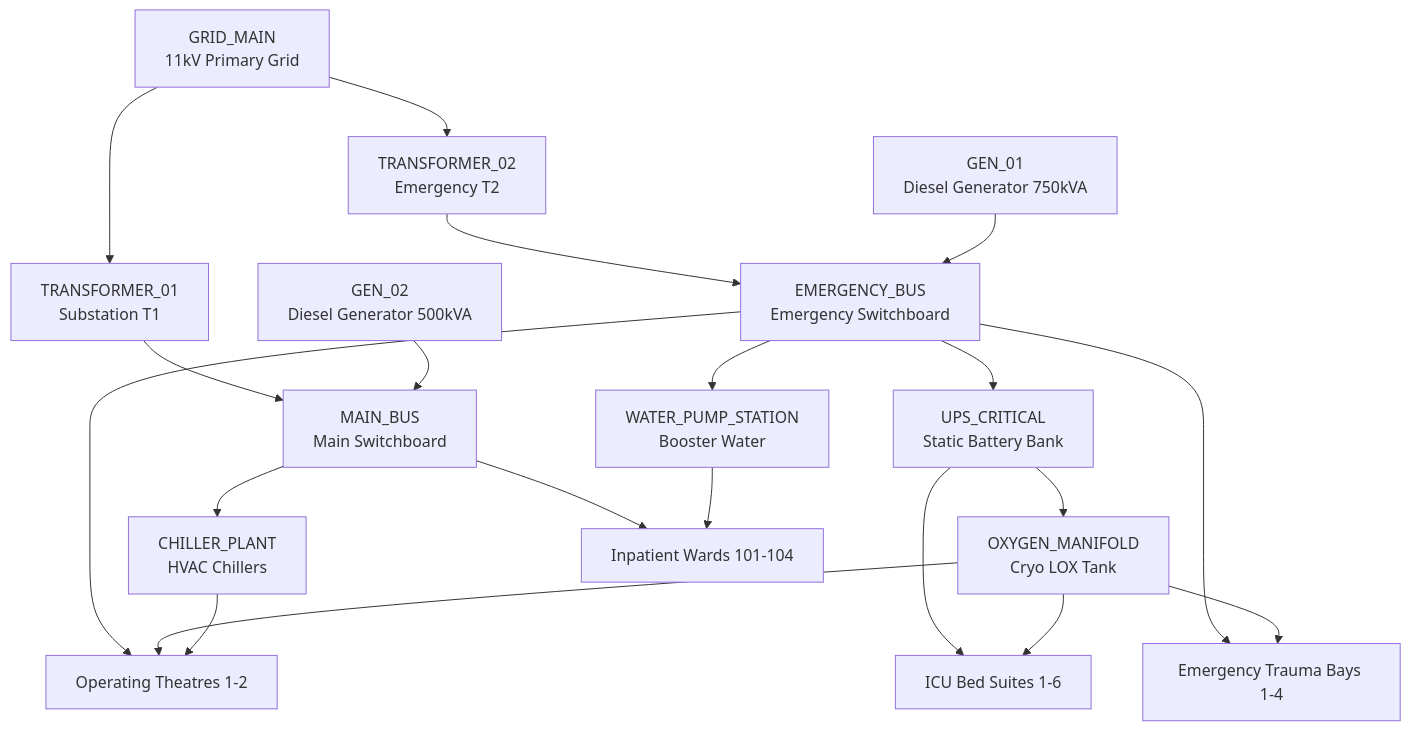
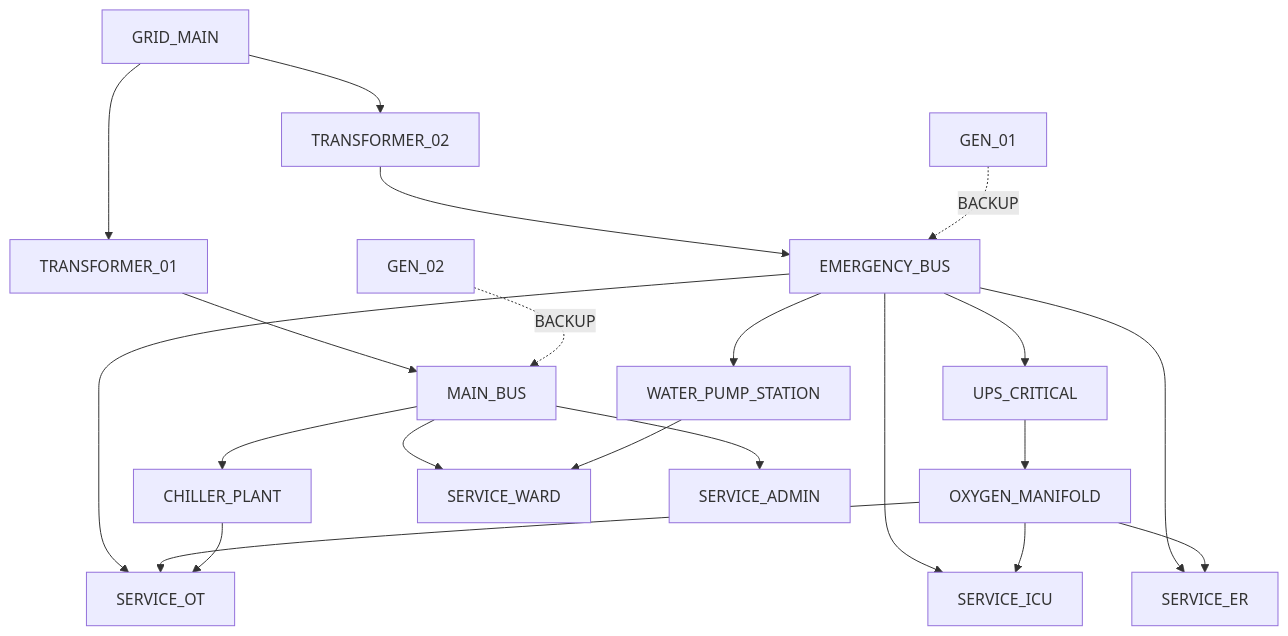
The diagram in docs/graph-topology-specification.md (CodeVibewithhumza/RESILIENCE-OS), drawn with Mermaid before and after one commit. The commit also changed other lines of this file, not shown here.

Commit message:
docs: finalize graph topology specification

````diff
--- a/docs/graph-topology-specification.md
+++ b/docs/graph-topology-specification.md
@@ -16,24 +98,31 @@
 ```mermaid
 graph TD
-  GRID[GRID_MAIN<br>11kV Primary Grid] --> T1[TRANSFORMER_01<br>Substation T1]
-  GRID --> T2[TRANSFORMER_02<br>Emergency T2]
-  T1 --> MSB[MAIN_BUS<br>Main Switchboard]
-  T2 --> ESB[EMERGENCY_BUS<br>Emergency Switchboard]
-  GEN1[GEN_01<br>Diesel Generator 750kVA] --> ESB
-  GEN2[GEN_02<br>Diesel Generator 500kVA] --> MSB
-  ESB --> UPS[UPS_CRITICAL<br>Static Battery Bank]
-  
-  MSB --> CHILLER[CHILLER_PLANT<br>HVAC Chillers]
-  ESB --> PUMP[WATER_PUMP_STATION<br>Booster Water]
-  UPS --> O2[OXYGEN_MANIFOLD<br>Cryo LOX Tank]
-  
-  UPS --> ICU[ICU Bed Suites 1-6]
-  O2 --> ICU
-  ESB --> OT[Operating Theatres 1-2]
-  O2 --> OT
-  CHILLER --> OT
-  ESB --> ED[Emergency Trauma Bays 1-4]
-  O2 --> ED
-  MSB --> WARDS[Inpatient Wards 101-104]
-  PUMP --> WARDS
+    GRID[GRID_MAIN] --> T1[TRANSFORMER_01]
+    GRID --> T2[TRANSFORMER_02]
+
+    T1 --> MSB[MAIN_BUS]
+    T2 --> ESB[EMERGENCY_BUS]
+
+    GEN1[GEN_01] -. BACKUP .-> ESB
+    GEN2[GEN_02] -. BACKUP .-> MSB
+
+    ESB --> UPS[UPS_CRITICAL]
+
+    MSB --> CHILLER[CHILLER_PLANT]
+    ESB --> PUMP[WATER_PUMP_STATION]
+    UPS --> O2[OXYGEN_MANIFOLD]
+
+    ESB --> ICU[SERVICE_ICU]
+    ESB --> OT[SERVICE_OT]
+    ESB --> ED[SERVICE_ER]
+
+    MSB --> WARD[SERVICE_WARD]
+    MSB --> ADMIN[SERVICE_ADMIN]
+
+    O2 --> ICU
+    O2 --> OT
+    O2 --> ED
+
+    CHILLER --> OT
+    PUMP --> WARD
 ```
````
